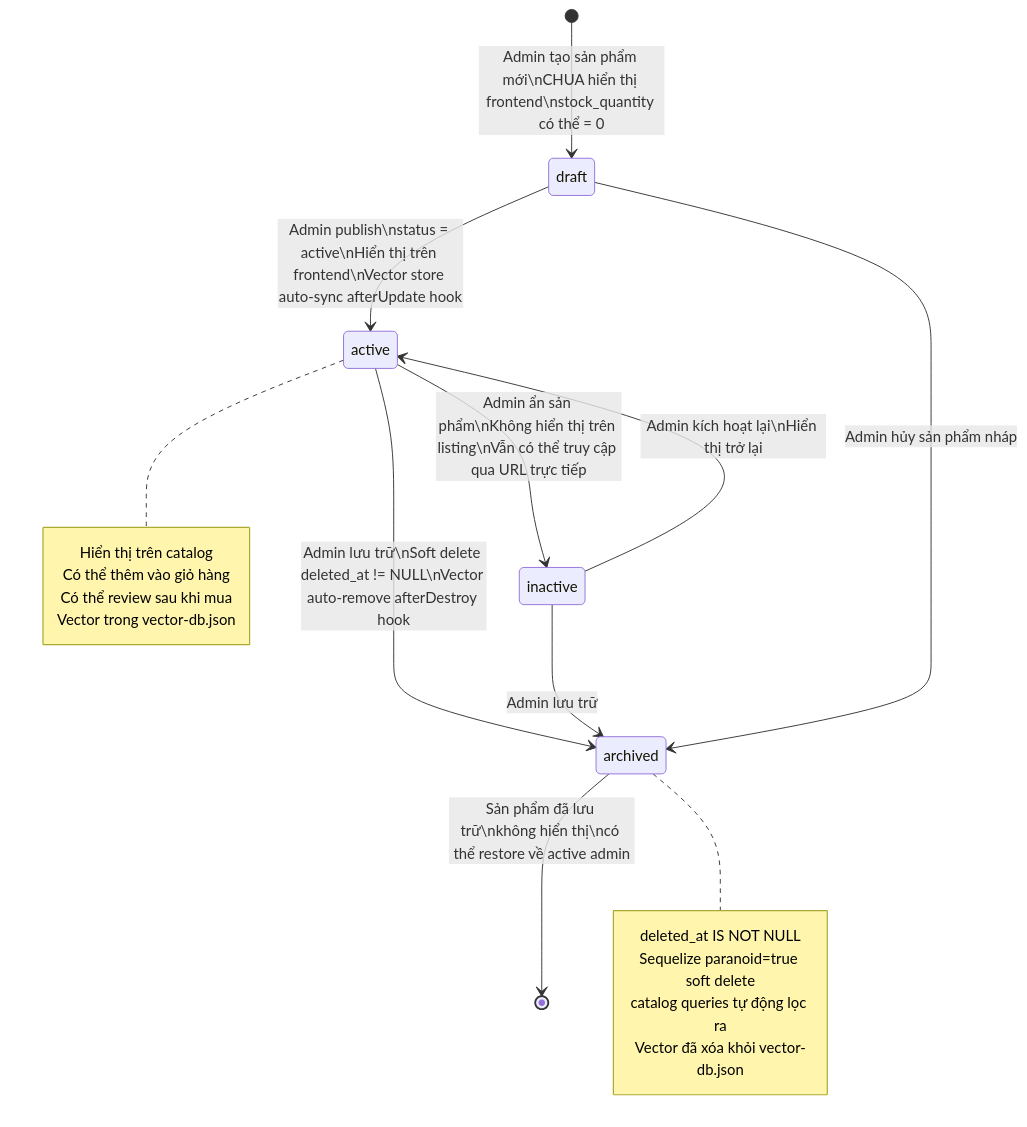
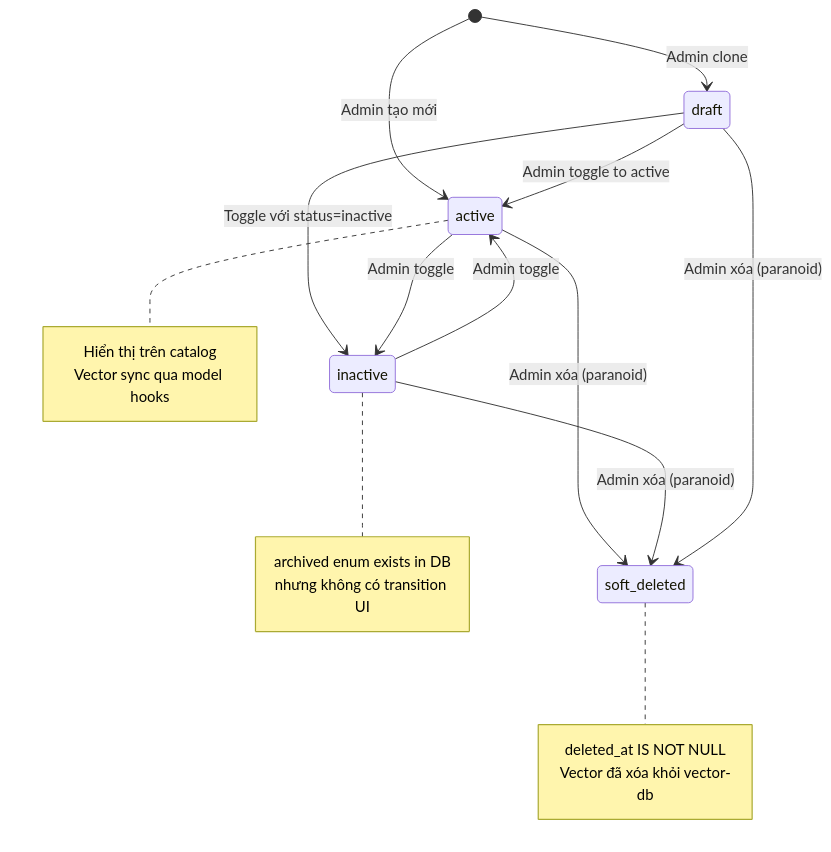
Diagram 42 of 47 in DIAGRAMS.md (MinhThang1009/E-commerce-website), drawn with Mermaid before and after one commit. The commit also changed other lines of this file and 67 other files, not shown here.

First line of the commit message:
chore(cleanup): xóa role manager và cập nhật tài liệu dự án

````diff
--- a/DIAGRAMS.md
+++ b/DIAGRAMS.md
@@ -1473,32 +1778,36 @@
 ```mermaid
 stateDiagram-v2
-    [*] --> draft : Admin tạo sản phẩm mới\nCHUA hiển thị frontend\nstock_quantity có thể = 0
+    direction TB
+    [*] --> active : Admin tạo mới
 
-    draft --> active : Admin publish\nstatus = active\nHiển thị trên frontend\nVector store auto-sync afterUpdate hook
+    [*] --> draft : Admin clone
 
-    active --> inactive : Admin ẩn sản phẩm\nKhông hiển thị trên listing\nVẫn có thể truy cập qua URL trực tiếp
+    draft --> active : Admin toggle to active
 
-    inactive --> active : Admin kích hoạt lại\nHiển thị trở lại
+    draft --> inactive : Toggle với status=inactive
 
-    active --> archived : Admin lưu trữ\nSoft delete deleted_at != NULL\nVector auto-remove afterDestroy hook
+    active --> inactive : Admin toggle
 
-    inactive --> archived : Admin lưu trữ
+    inactive --> active : Admin toggle
 
-    draft --> archived : Admin hủy sản phẩm nháp
+    active --> soft_deleted : Admin xóa (paranoid)
 
-    archived --> [*] : Sản phẩm đã lưu trữ\nkhông hiển thị\ncó thể restore về active admin
+    inactive --> soft_deleted : Admin xóa (paranoid)
+
+    draft --> soft_deleted : Admin xóa (paranoid)
 
     note right of active
         Hiển thị trên catalog
-        Có thể thêm vào giỏ hàng
-        Có thể review sau khi mua
-        Vector trong vector-db.json
+        Vector sync qua model hooks
     end note
 
-    note right of archived
+    note right of soft_deleted
         deleted_at IS NOT NULL
-        Sequelize paranoid=true soft delete
-        catalog queries tự động lọc ra
-        Vector đã xóa khỏi vector-db.json
+        Vector đã xóa khỏi vector-db
+    end note
+
+    note right of inactive
+        archived enum exists in DB
+        nhưng không có transition UI
     end note
 ```
````
